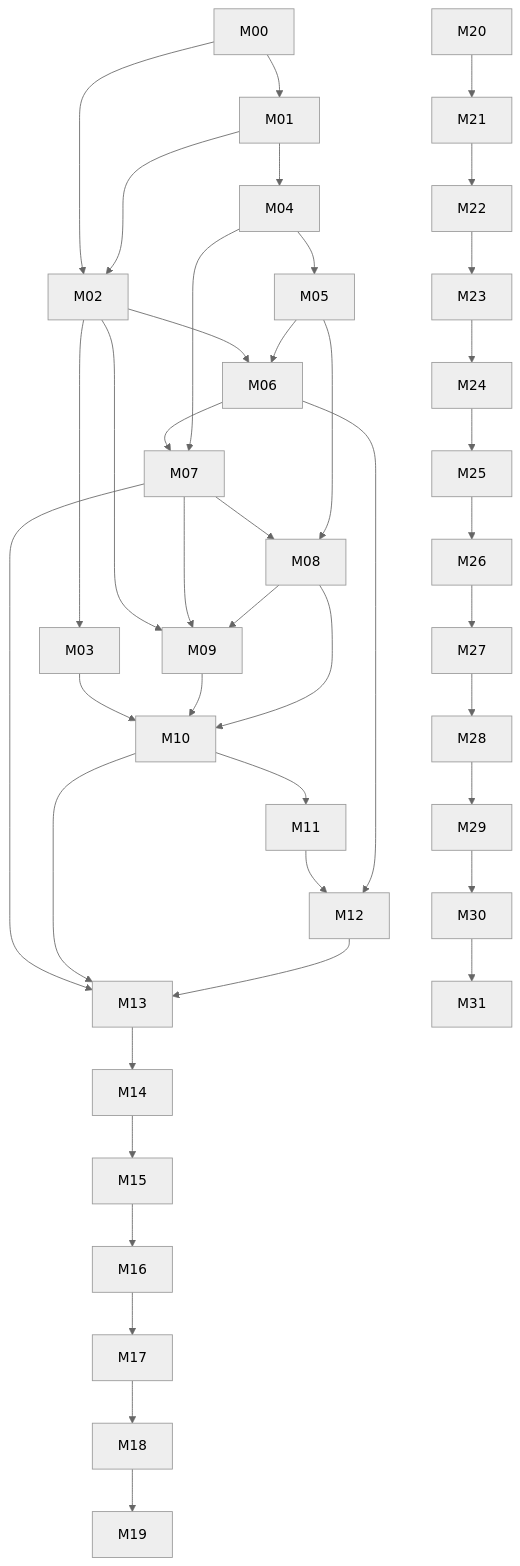
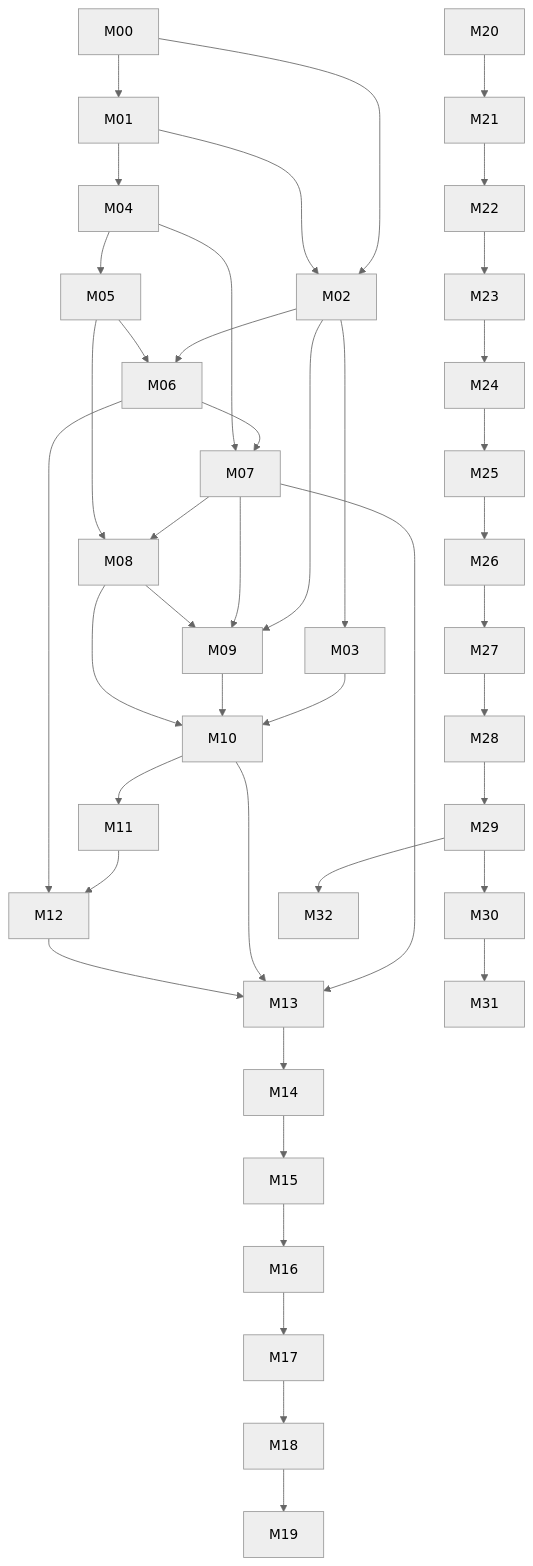
The diagram in plans/MASTER_PLAN.md (Crespillo95/schemabridge-codex-starter), drawn with Mermaid (neutral theme) before and after one commit. The commit also changed other lines of this file and 70 other files, not shown here.

````diff
--- a/plans/MASTER_PLAN.md
+++ b/plans/MASTER_PLAN.md
@@ -88,44 +93,45 @@
 ```mermaid
 graph TD
   M00 --> M01
   M00 --> M02
   M01 --> M02
   M02 --> M03
   M01 --> M04
   M04 --> M05
   M02 --> M06
   M05 --> M06
   M06 --> M07
   M04 --> M07
   M07 --> M08
   M05 --> M08
   M02 --> M09
   M07 --> M09
   M08 --> M09
   M03 --> M10
   M09 --> M10
   M08 --> M10
   M10 --> M11
   M11 --> M12
   M06 --> M12
   M07 --> M13
   M10 --> M13
   M12 --> M13
   M13 --> M14
   M14 --> M15
   M15 --> M16
   M16 --> M17
   M17 --> M18
   M18 --> M19
   M20 --> M21
   M21 --> M22
   M22 --> M23
   M23 --> M24
   M24 --> M25
   M25 --> M26
   M26 --> M27
   M27 --> M28
   M28 --> M29
   M29 --> M30
   M30 --> M31
+  M29 --> M32
 ```
````
